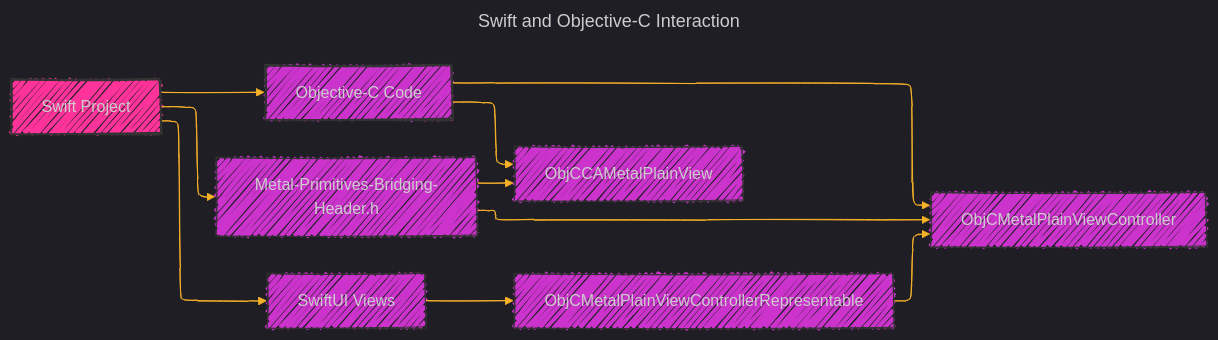
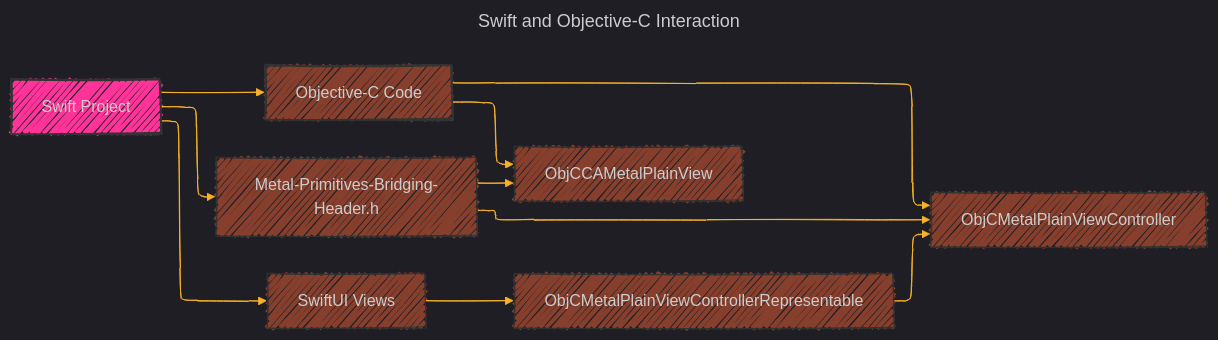
Before and after one commit to CongLeSolutionX/Metal-Primitives: the third of 8 diagrams in Documentation_Consolidated_Version_Draft_2.md, drawn with Mermaid. The commit also changed other lines of this file, not shown here.

````diff
--- a/Documentation_Consolidated_Version_Draft_2.md
+++ b/Documentation_Consolidated_Version_Draft_2.md
@@ -198,40 +198,40 @@
 ```mermaid
 ---
 title: Swift and Objective-C Interaction
 config:
   layout: elk
   look: handDrawn
   theme: dark
 ---
 %%{
   init: {
     'fontFamily': 'verdana',
     'themeVariables': {
       'primaryColor': '#BB2528',
       'primaryTextColor': '#f529',
       'primaryBorderColor': '#7C0000',
       'lineColor': '#F8B229',
       'secondaryColor': '#006100',
       'tertiaryColor': '#fff'
     }
   }
 }%%
 graph LR
     A[Swift Project] --> B[Objective-C Code];
     B --> C[ObjCMetalPlainViewController];
     B --> D[ObjCCAMetalPlainView];
     A --> E[Metal-Primitives-Bridging-Header.h];
     E --> C;
     E --> D;
     A --> F[SwiftUI Views];
     F --> G[ObjCMetalPlainViewControllerRepresentable];
     G --> C;
     style A fill:#f39f,stroke:#333,stroke-width:2px
-    style B fill:#c3cf,stroke:#333,stroke-width:2px
-    style C fill:#c3cf,stroke:#333,stroke-width:1px
-    style D fill:#c3cf,stroke:#333,stroke-width:1px
-    style E fill:#c3cf,stroke:#333,stroke-width:1px
-    style F fill:#c3cf,stroke:#333,stroke-width:1px
-    style G fill:#c3cf,stroke:#333,stroke-width:1px
+    style B fill:#c539,stroke:#333,stroke-width:2px
+    style C fill:#c539,stroke:#333,stroke-width:1px
+    style D fill:#c539,stroke:#333,stroke-width:1px
+    style E fill:#c539,stroke:#333,stroke-width:1px
+    style F fill:#c539,stroke:#333,stroke-width:1px
+    style G fill:#c539,stroke:#333,stroke-width:1px
 
 ```
````
